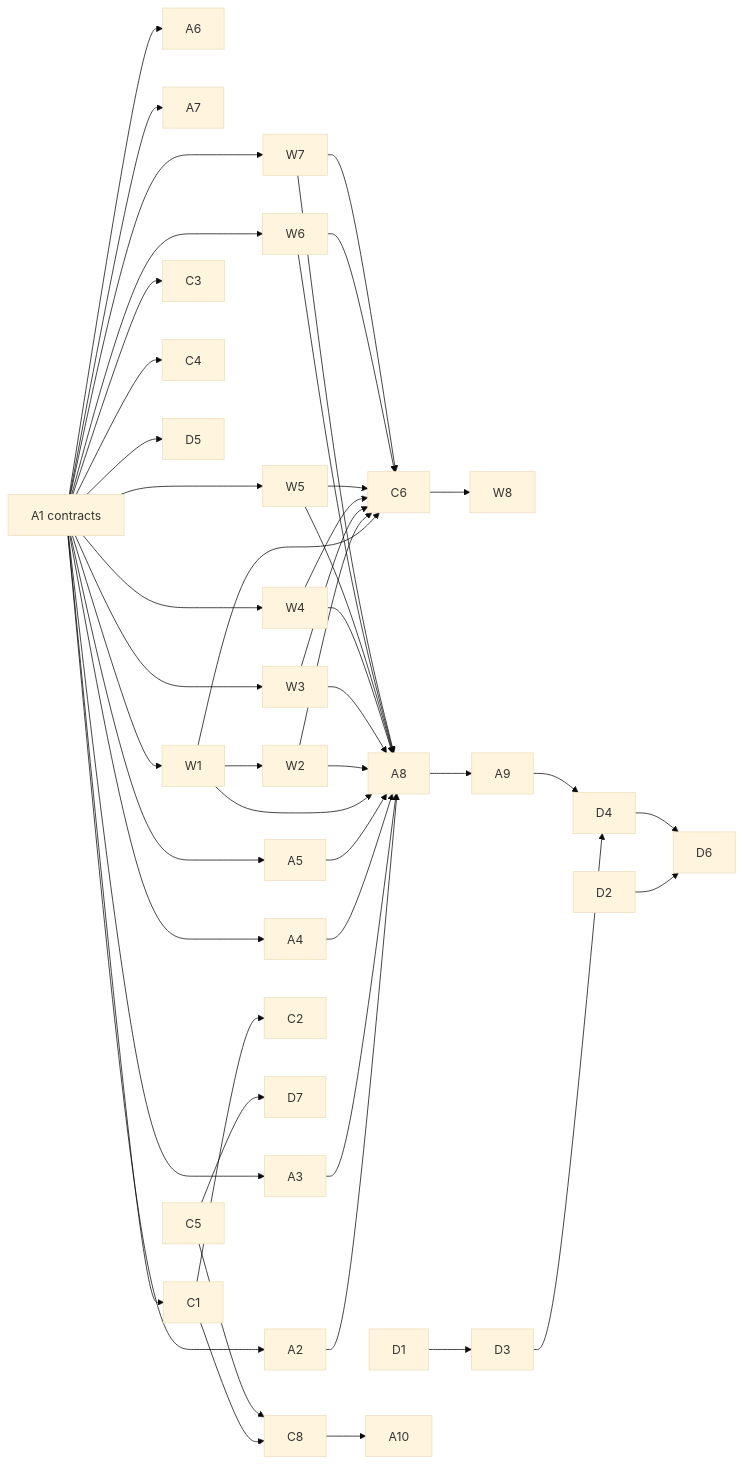
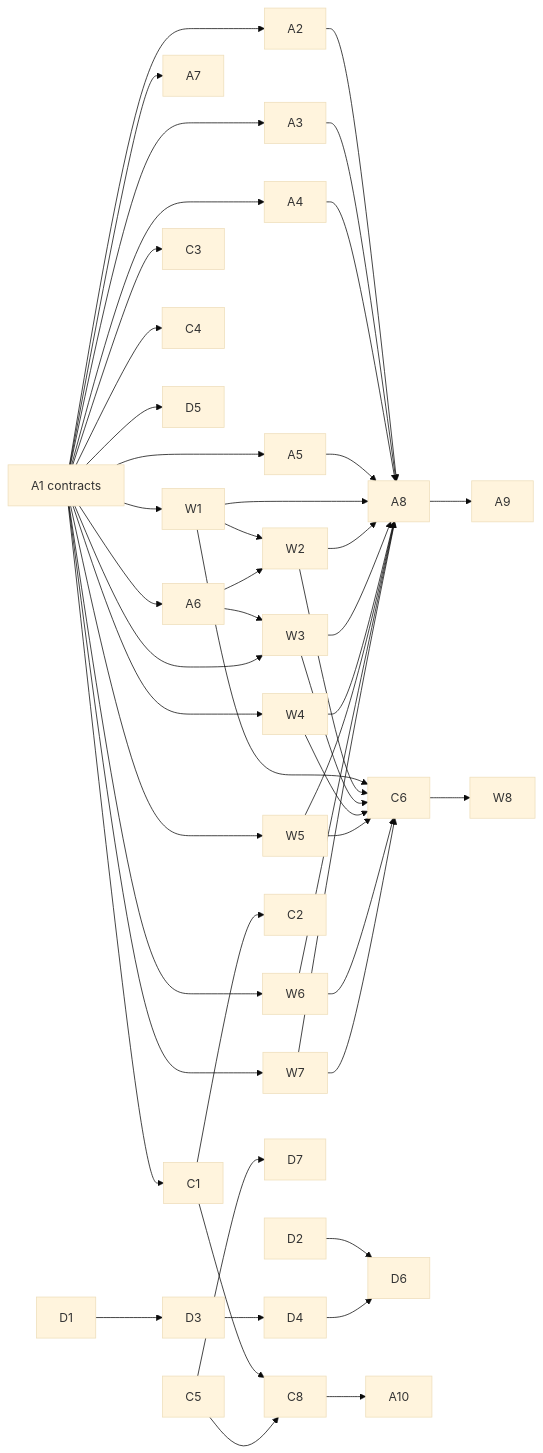
Before and after one commit to rafiuddinakmal1923-crypto/FinancialLiteracy-ScamAwareness: the diagram in docs/IMPLEMENTATION-PLAN.md, drawn with Mermaid (base theme). The commit also changed other lines of this file and 1 other file, not shown here.

````diff
--- a/docs/IMPLEMENTATION-PLAN.md
+++ b/docs/IMPLEMENTATION-PLAN.md
@@ -153,16 +152,16 @@
 ```mermaid
 graph LR
   A1[A1 contracts] --> A2 & A3 & A4 & A5 & A6 & A7
   A1 --> W1 --> W2
+  A6 --> W2 & W3
   A1 --> W3 & W4 & W5 & W6 & W7
   A1 --> C1 --> C2
   A1 --> C3 & C4
   A1 --> D5
   W1 & W2 & W3 & W4 & W5 & W6 & W7 --> C6 --> W8
   A2 & A3 & A4 & A5 & W1 & W2 & W3 & W4 & W5 & W6 & W7 --> A8 --> A9
   D1 --> D3 --> D4
-  A9 --> D4
   D2 & D4 --> D6
   C5 --> D7
   C1 & C5 --> C8 --> A10
 ```
````
